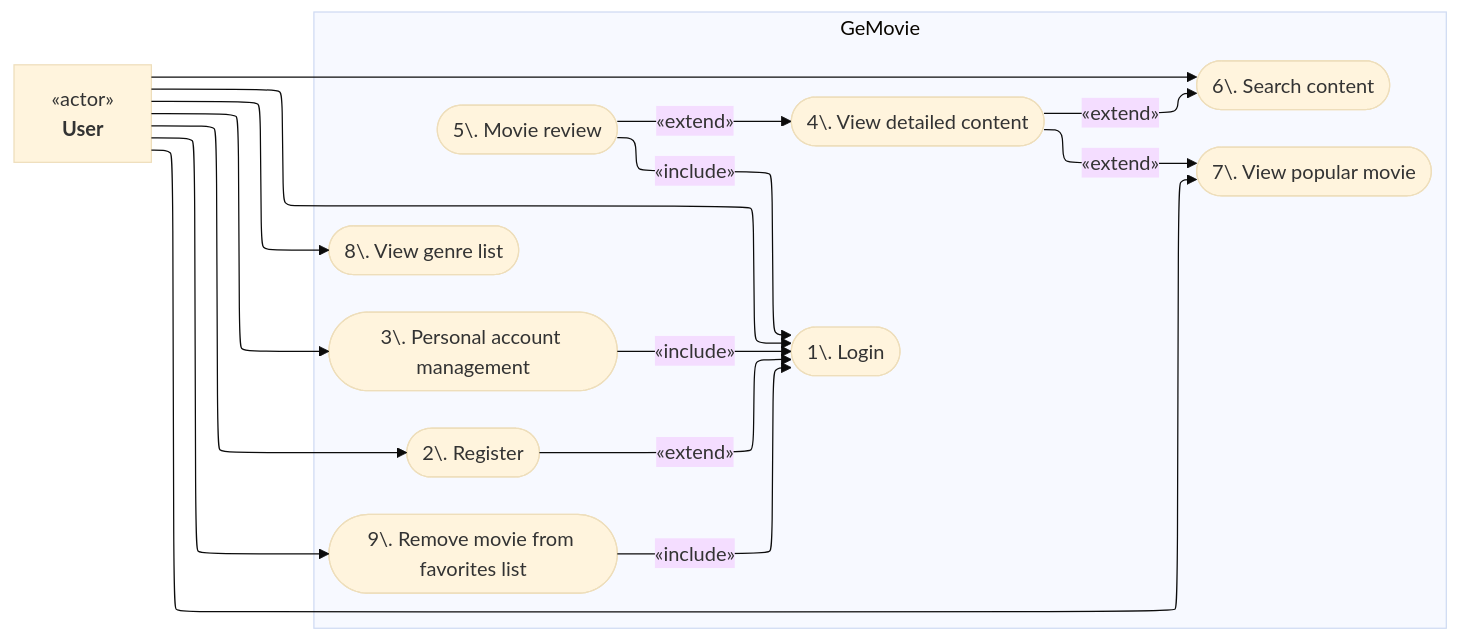
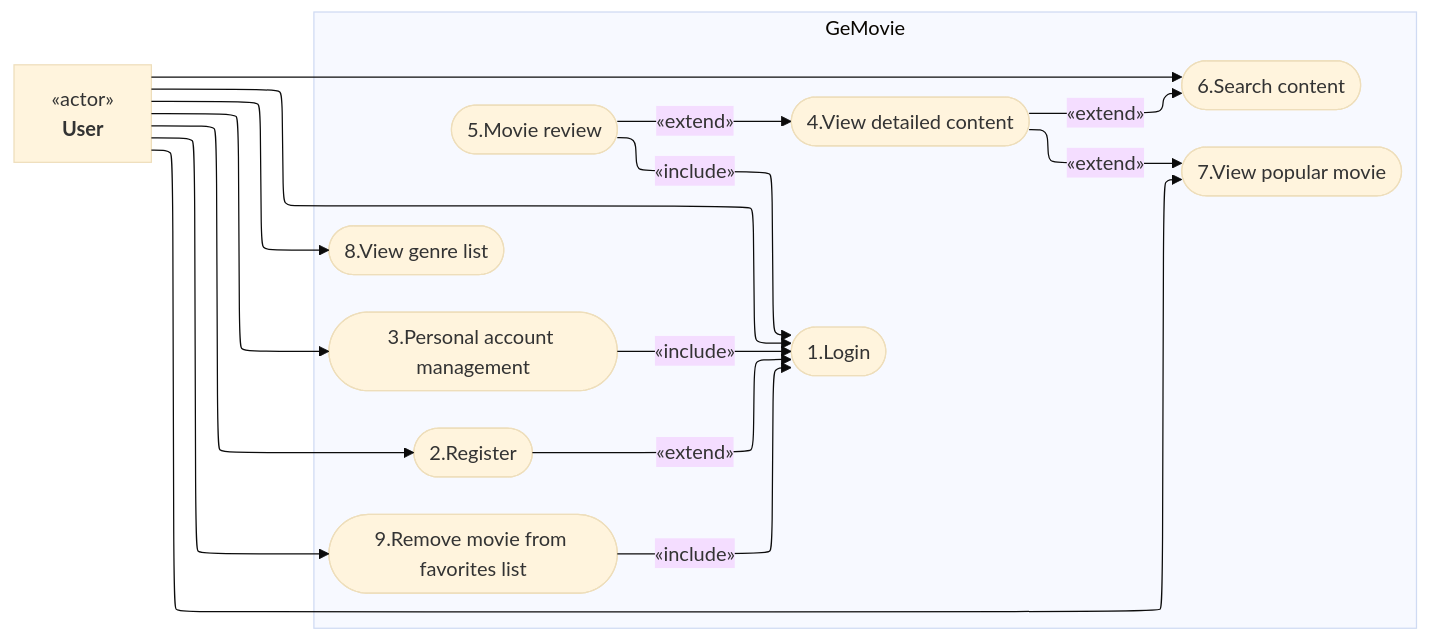
One commit to GeMiNiOranGe/GeMovie changed the diagram in docs/diagrams/usecases/functional.md. Above: the diagram before and after it, drawn with Mermaid (base theme).

Commit message:
fix dot character error in markdown

````diff
--- a/docs/diagrams/usecases/functional.md
+++ b/docs/diagrams/usecases/functional.md
@@ -4,34 +4,34 @@
 ```mermaid
 flowchart LR
     %%{init: {"flowchart": {"defaultRenderer": "elk"}} }%%
 
     actor1["`«actor»<br/>**User**`"]
 
     subgraph GeMovie
-        uc1([1\. Login])
-        uc2([2\. Register])
-        uc3([3\. Personal account management])
-        uc4([4\. View detailed content])
-        uc5([5\. Movie review])
-        uc6([6\. Search content])
-        uc7([7\. View popular movie])
-        uc8([8\. View genre list])
-        uc9([9\. Remove movie from favorites list])
+        uc1([1.Login])
+        uc2([2.Register])
+        uc3([3.Personal account management])
+        uc4([4.View detailed content])
+        uc5([5.Movie review])
+        uc6([6.Search content])
+        uc7([7.View popular movie])
+        uc8([8.View genre list])
+        uc9([9.Remove movie from favorites list])
     end
 
     actor1 --> uc1
     actor1 --> uc2
     actor1 --> uc3
     actor1 --> uc6
     actor1 --> uc7
     actor1 --> uc8
     actor1 --> uc9
 
     uc2 -->|«extend»| uc1
     uc3 -->|«include»| uc1
     uc9 -->|«include»| uc1
     uc5 -->|«include»| uc1
     uc5 -->|«extend»| uc4
     uc4 -->|«extend»| uc6
     uc4 -->|«extend»| uc7
 ```
````
